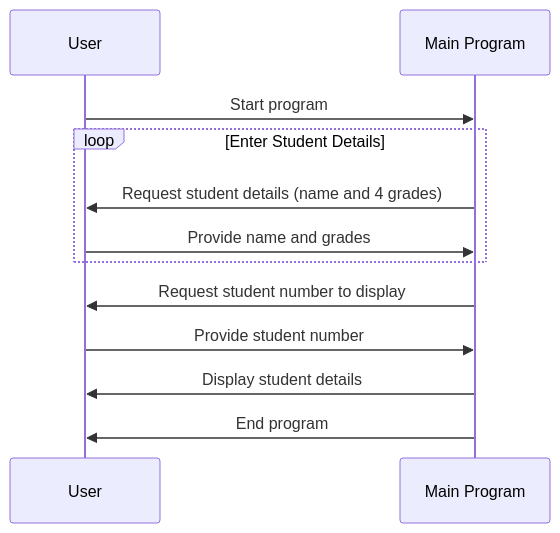
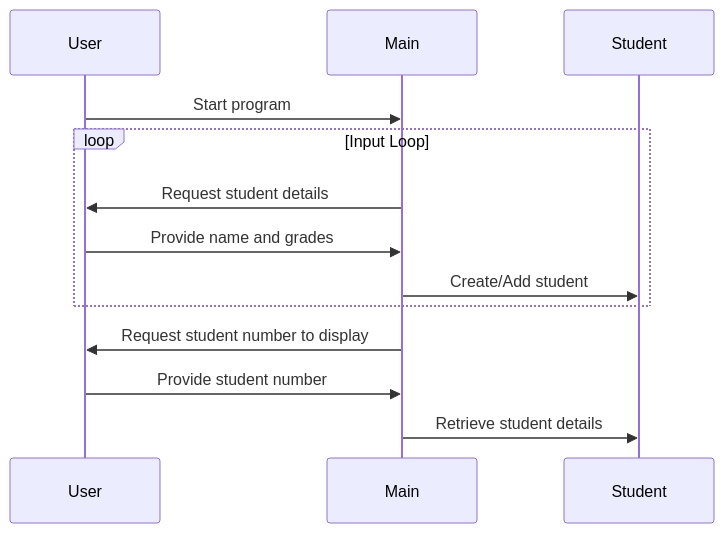
One commit to Chinilshik-kalkulatorov/No_ changed the diagram in README.md. Above: the diagram before and after it, drawn with Mermaid.

````diff
--- a/README.md
+++ b/README.md
@@ -12,15 +12,15 @@
-```mermaid
-sequenceDiagram
-    participant U as User
-    participant M as Main Program
-
-    U->>M: Start program
-    loop Enter Student Details
-        M->>U: Request student details (name and 4 grades)
-        U->>M: Provide name and grades
-    end
-    M->>U: Request student number to display
-    U->>M: Provide student number
-    M->>U: Display student details
-    M->>U: End program
-```
+ ```mermaid
+ sequenceDiagram
+     participant U as User
+     participant M as Main
+     participant S as Student
+     U->>M: Start program
+     loop Input Loop
+         M->>U: Request student details
+         U->>M: Provide name and grades
+         M->>S: Create/Add student
+     end
+     M->>U: Request student number to display
+     U->>M: Provide student number
+     M->>S: Retrieve student details
+ ```
````
